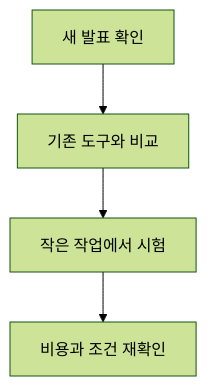
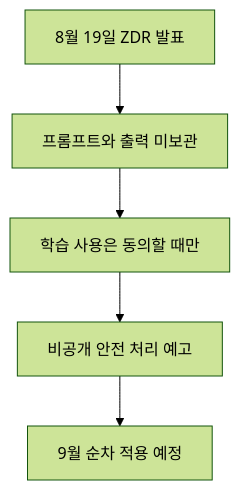
The diagram in _posts/2026-08-21-openai-announces-zero-data-retention-and-previews-private-safety-processing-for-frontier-api-models.md (jjxxmiin/jjxxmiin.github.io), drawn with Mermaid (forest theme) before and after one commit. The commit also changed other lines of this file and 7 other files, not shown here.

First line of the commit message:
빈 말로 채운 다이어그램을 사실로 만든 요약 흐름으로 교체

````diff
--- a/_posts/2026-08-21-openai-announces-zero-data-retention-and-previews-private-safety-processing-for-frontier-api-models.md
+++ b/_posts/2026-08-21-openai-announces-zero-data-retention-and-previews-private-safety-processing-for-frontier-api-models.md
@@ -114,6 +72,12 @@
 ```mermaid
 flowchart TD
-    A["새 발표 확인"] --> B["기존 도구와 비교"]
-    B --> C["작은 작업에서 시험"]
-    C --> D["비용과 조건 재확인"]
+    N0["8월 19일 ZDR 발표"]
+    N1["프롬프트와 출력 미보관"]
+    N2["학습 사용은 동의할 때만"]
+    N3["비공개 안전 처리 예고"]
+    N4["9월 순차 적용 예정"]
+    N0 --> N1
+    N1 --> N2
+    N2 --> N3
+    N3 --> N4
 ```
````
